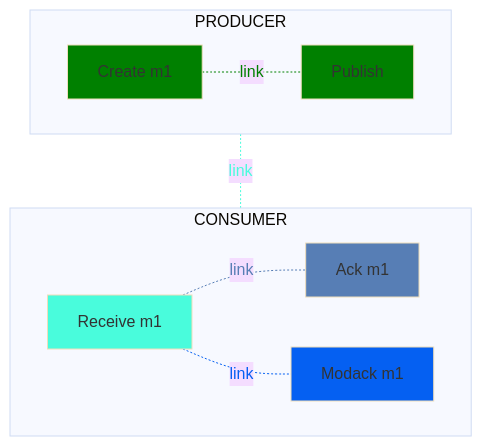
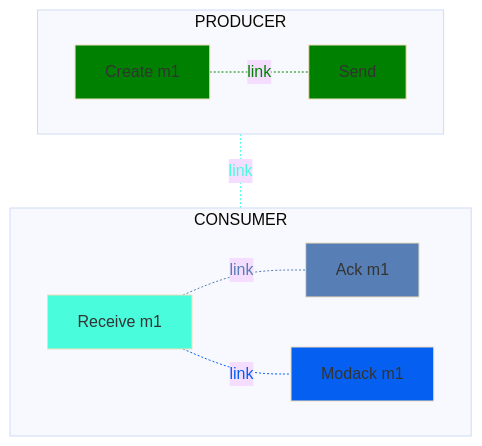
One commit to open-telemetry/semantic-conventions changed the second of 2 diagrams in docs/messaging/gcp-pubsub.md. Above: the diagram before and after it, drawn with Mermaid (base theme). The commit also changed other lines of this file and 12 other files, not shown here.

Commit message:
Change messaging.operation.type=publish to send (#1422)

````diff
--- a/docs/messaging/gcp-pubsub.md
+++ b/docs/messaging/gcp-pubsub.md
@@ -161,41 +161,41 @@
 ```mermaid
 flowchart TD;
   subgraph CONSUMER
   direction LR
   R1[Receive m1]
   SM1[Ack m1]
   EM1[Modack m1]
   end
   subgraph PRODUCER
   direction LR
   CM1[Create m1]
-  PM1[Publish]
+  PM1[Send]
   end
   %% Link 0
   CM1-. link .-PM1;
   %% Link 1
   CM1-. link .-R1;
   %% Link 2
   R1-. link .-SM1;
   %% Link 3
   R1-. link .-EM1;
 
   %% Style the node and corresponding link
   %% Producer links and nodes
   classDef producer fill:green
   class PM1,CM1 producer
   linkStyle 0 color:green,stroke:green
 
   %% Consumer links and nodes
   classDef consumer fill:#49fcdc
   class R1 consumer
   linkStyle 1 color:#49fcdc,stroke:#49fcdc
 
   classDef ack fill:#577eb5
   class SM1 ack
   linkStyle 2 color:#577eb5,stroke:#577eb5
 
   classDef modack fill:#0560f2
   class EM1 modack
   linkStyle 3 color:#0560f2,stroke:#0560f2
 ```
````
